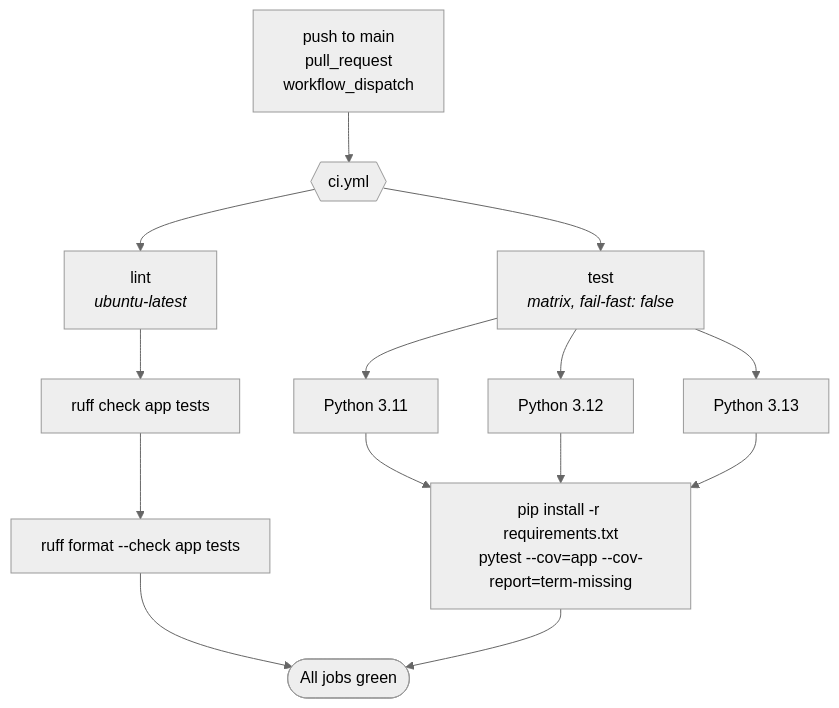
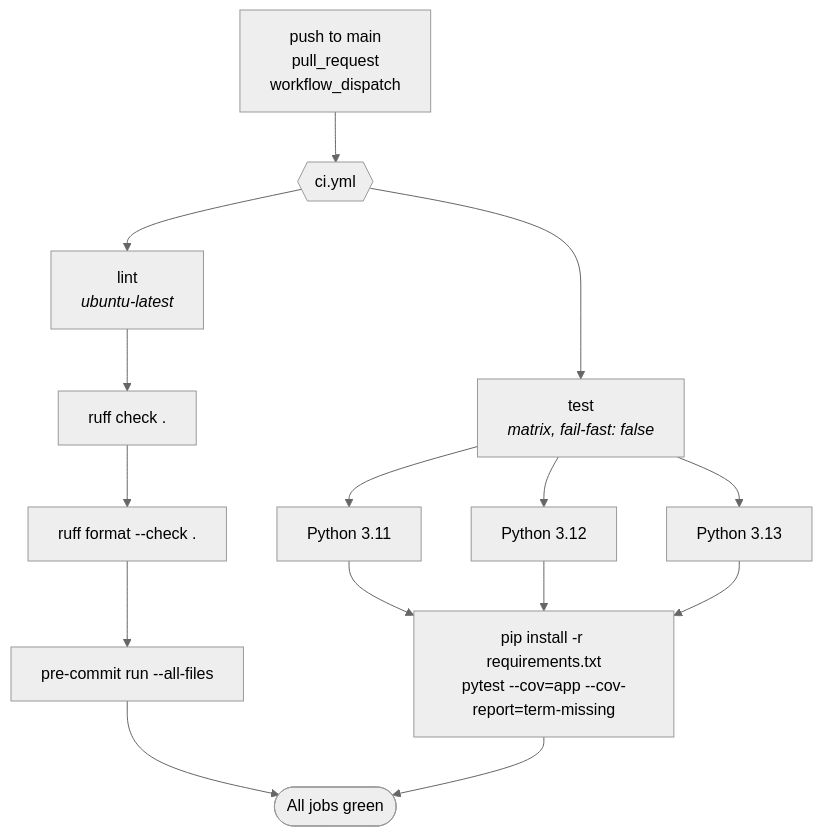
The third of 5 diagrams in docs/architecture.md (SergeyGer/duedil-agent), drawn with Mermaid (neutral theme) before and after one commit. The commit also changed other lines of this file and 3 other files, not shown here.

First line of the commit message:
ci: run the pre-commit hooks in CI

````diff
--- a/docs/architecture.md
+++ b/docs/architecture.md
@@ -212,19 +212,20 @@
 ```mermaid
 flowchart TD
     EVT["push to main<br/>pull_request<br/>workflow_dispatch"] --> CI{{ci.yml}}
     CI --> LINT["lint<br/><i>ubuntu-latest</i>"]
     CI --> TEST["test<br/><i>matrix, fail-fast: false</i>"]
 
-    LINT --> LC["ruff check app tests"]
-    LC --> LF["ruff format --check app tests"]
+    LINT --> LC["ruff check ."]
+    LC --> LF["ruff format --check ."]
+    LF --> PC["pre-commit run --all-files"]
 
     TEST --> T311["Python 3.11"]
     TEST --> T312["Python 3.12"]
     TEST --> T313["Python 3.13"]
     T311 --> PTC["pip install -r requirements.txt<br/>pytest --cov=app --cov-report=term-missing"]
     T312 --> PTC
     T313 --> PTC
 
-    LF --> GREEN([All jobs green])
+    PC --> GREEN([All jobs green])
     PTC --> GREEN
 ```
````
